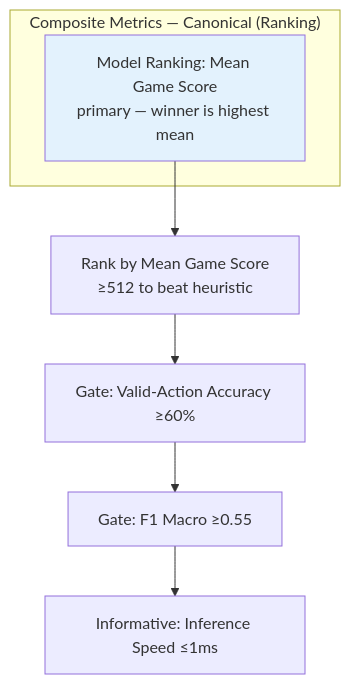
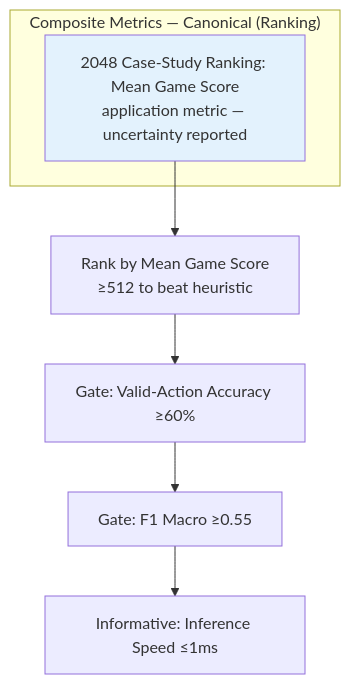
One commit to Evintkoo/2048-ml changed the sixth of 8 diagrams in plans/05-Model/04-Evaluation/03-metrics.md. Above: the diagram before and after it, drawn with Mermaid. The commit also changed other lines of this file and 94 other files, not shown here.

````diff
--- a/plans/05-Model/04-Evaluation/03-metrics.md
+++ b/plans/05-Model/04-Evaluation/03-metrics.md
@@ -108,13 +108,13 @@
 ```mermaid
 flowchart TD
     subgraph "Composite Metrics — Canonical (Ranking)"
-        ModelPerf[Model Ranking: Mean Game Score<br/>primary — winner is highest mean]
+        ModelPerf[2048 Case-Study Ranking: Mean Game Score<br/>application metric — uncertainty reported]
     end
     
     ModelPerf --> Rank[Rank by Mean Game Score<br/>≥512 to beat heuristic]
     Rank --> Gate1[Gate: Valid-Action Accuracy ≥60%]
     Gate1 --> Gate2[Gate: F1 Macro ≥0.55]
     Gate2 --> SpeedW[Informative: Inference Speed ≤1ms]
     
     style ModelPerf fill:#e3f2fd
 ```
````
